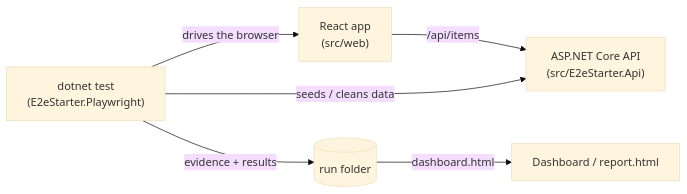
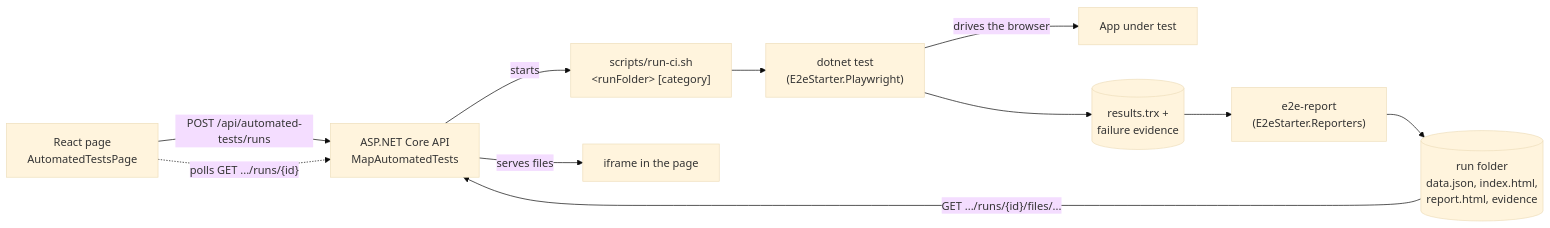
The diagram in README.md (perisicnikola37/react-dotnet-playwright-e2e-starter), drawn with Mermaid (base theme) before and after one commit. The commit also changed other lines of this file and 37 other files, not shown here.

Commit message:
feat: add reporter tool, ASP.NET Core run API and React automated tests page

````diff
--- a/README.md
+++ b/README.md
@@ -40,8 +102,13 @@
 ```mermaid
 flowchart LR
-    FE["React app<br/>(src/web)"] -- "/api/items" --> API["ASP.NET Core API<br/>(src/E2eStarter.Api)"]
-    T["dotnet test<br/>(E2eStarter.Playwright)"] -- "drives the browser" --> FE
-    T -- "seeds / cleans data" --> API
-    T -- "evidence + results" --> R[("run folder")]
-    R -- "dashboard.html" --> D["Dashboard / report.html"]
+    P["React page<br/>AutomatedTestsPage"] -- "POST /api/automated-tests/runs" --> API["ASP.NET Core API<br/>MapAutomatedTests"]
+    API -- "starts" --> S["scripts/run-ci.sh<br/>&lt;runFolder&gt; [category]"]
+    S --> T["dotnet test<br/>(E2eStarter.Playwright)"]
+    T -- "drives the browser" --> APP["App under test"]
+    T --> E[("results.trx +<br/>failure evidence")]
+    E --> R["e2e-report<br/>(E2eStarter.Reporters)"]
+    R --> F[("run folder<br/>data.json, index.html,<br/>report.html, evidence")]
+    F -- "GET .../runs/{id}/files/..." --> API
+    API -- "serves files" --> I["iframe in the page"]
+    P -. "polls GET .../runs/{id}" .-> API
 ```
````
